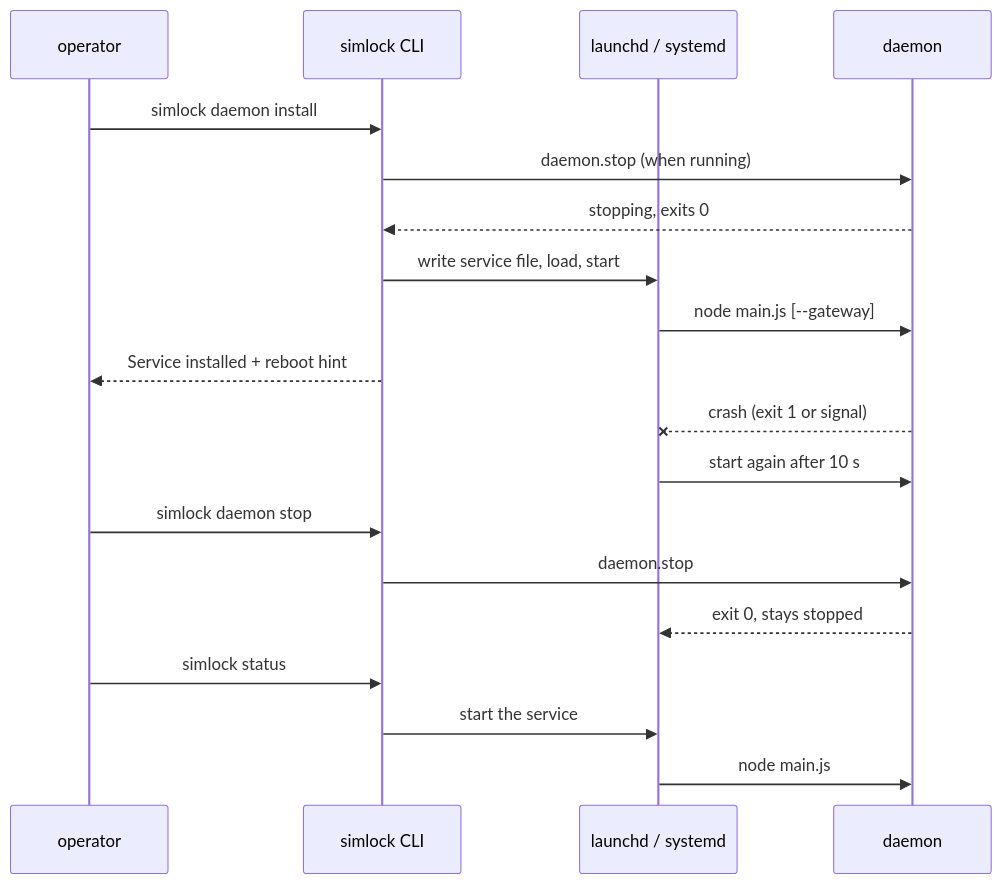
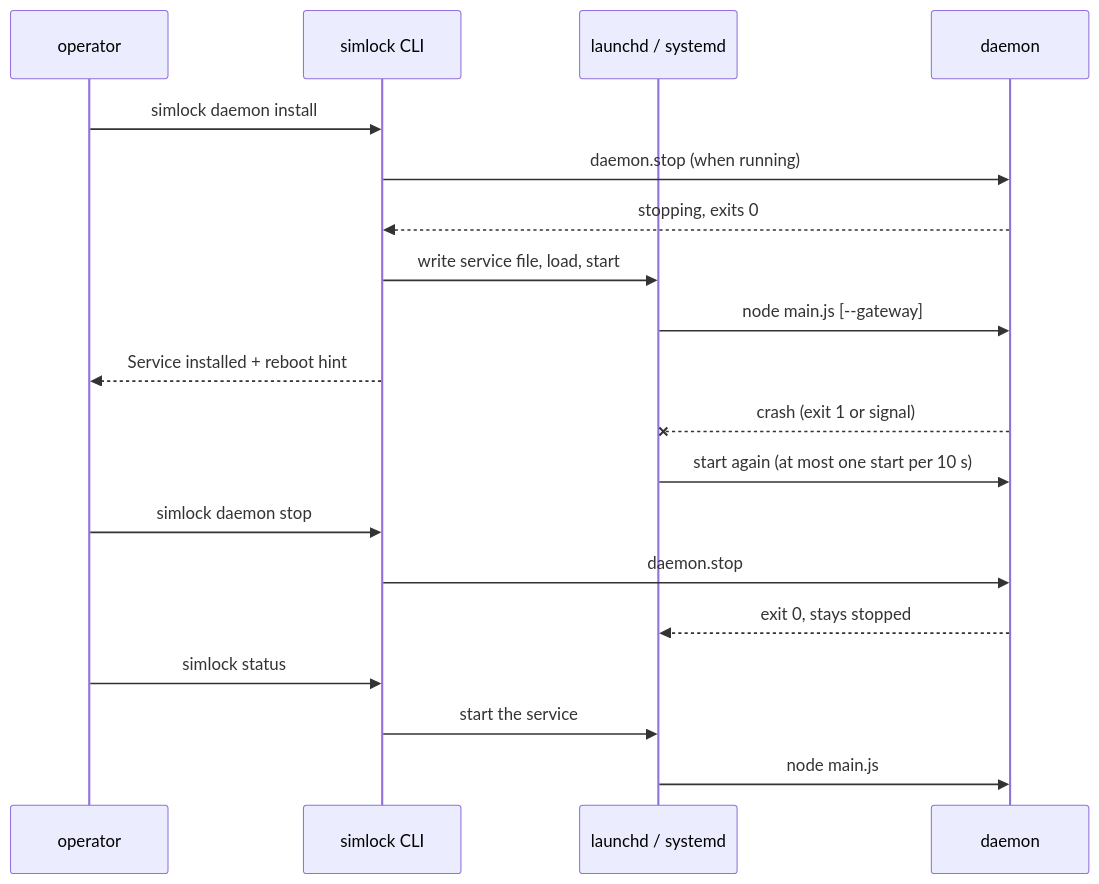
Before and after one commit to callstackincubator/simlock: the second of 2 diagrams in docs/internal/adr/0041-the-daemon-can-run-under-the-users-service-manager.md, drawn with Mermaid. The commit also changed other lines of this file, not shown here.

````diff
--- a/docs/internal/adr/0041-the-daemon-can-run-under-the-users-service-manager.md
+++ b/docs/internal/adr/0041-the-daemon-can-run-under-the-users-service-manager.md
@@ -119,21 +123,21 @@
 ```mermaid
 sequenceDiagram
   participant U as operator
   participant C as simlock CLI
   participant M as launchd / systemd
   participant D as daemon
   U->>C: simlock daemon install
   C->>D: daemon.stop (when running)
   D-->>C: stopping, exits 0
   C->>M: write service file, load, start
   M->>D: node main.js [--gateway]
   C-->>U: Service installed + reboot hint
   D--xM: crash (exit 1 or signal)
-  M->>D: start again after 10 s
+  M->>D: start again (at most one start per 10 s)
   U->>C: simlock daemon stop
   C->>D: daemon.stop
   D-->>M: exit 0, stays stopped
   U->>C: simlock status
   C->>M: start the service
   M->>D: node main.js
 ```
````
